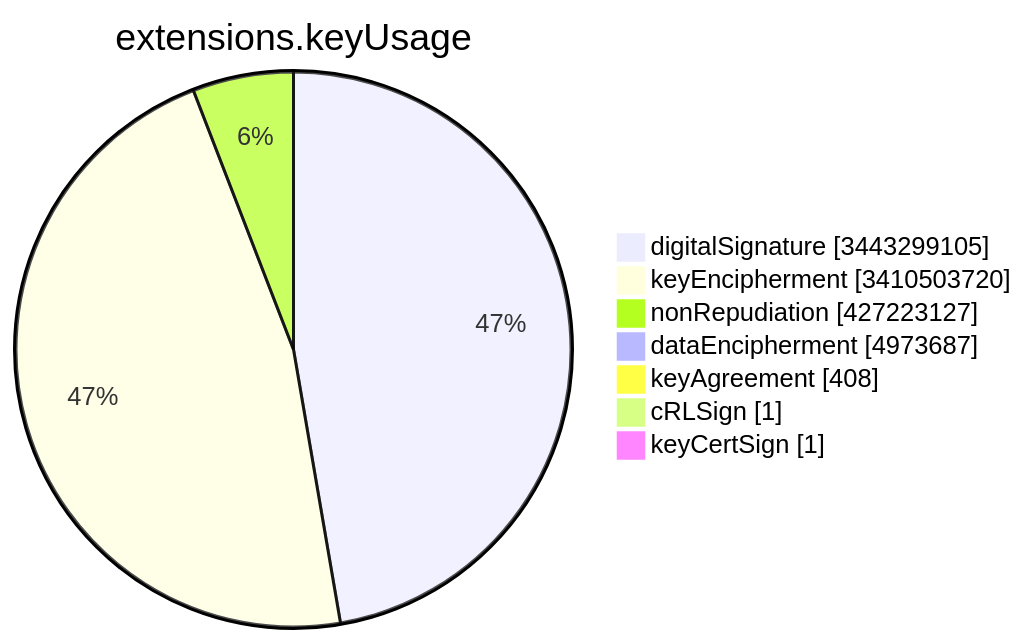
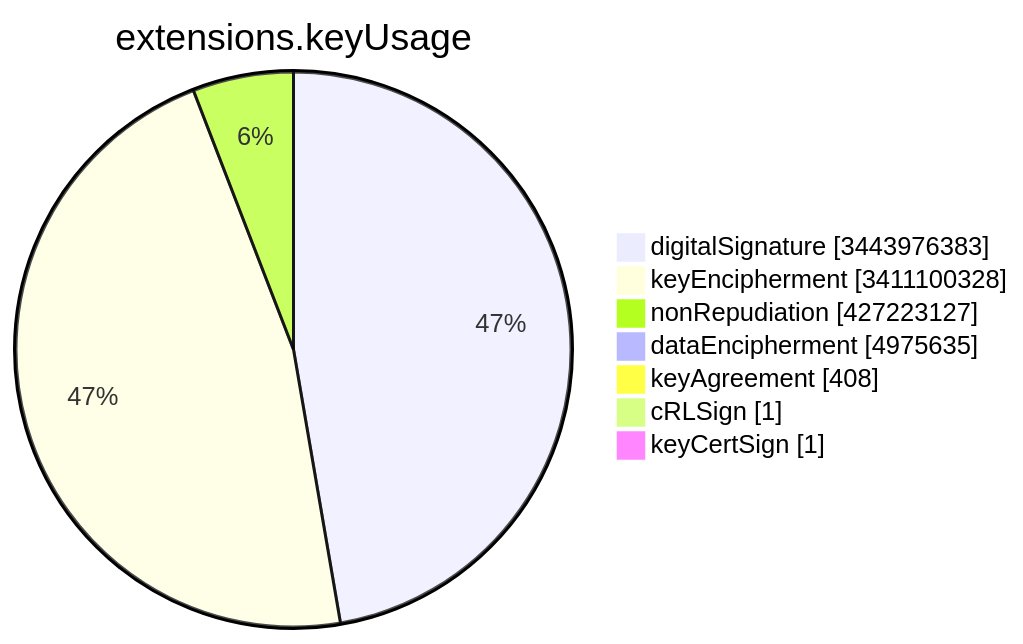
One commit to christiankrug/ctmonitor_visualization changed the sixth of 15 diagrams in TOTAL/README.md. Above: the diagram before and after it, drawn with Mermaid. The commit also changed other lines of this file, not shown here.

````diff
--- a/TOTAL/README.md
+++ b/TOTAL/README.md
@@ -3082,11 +3082,11 @@
 ```mermaid
 pie showData
 title extensions.keyUsage
-"digitalSignature" :3443299105
-"keyEncipherment" :3410503720
+"digitalSignature" :3443976383
+"keyEncipherment" :3411100328
 "nonRepudiation" :427223127
-"dataEncipherment" :4973687
+"dataEncipherment" :4975635
 "keyAgreement" :408
 "cRLSign" :1
 "keyCertSign" :1
 ```
````
